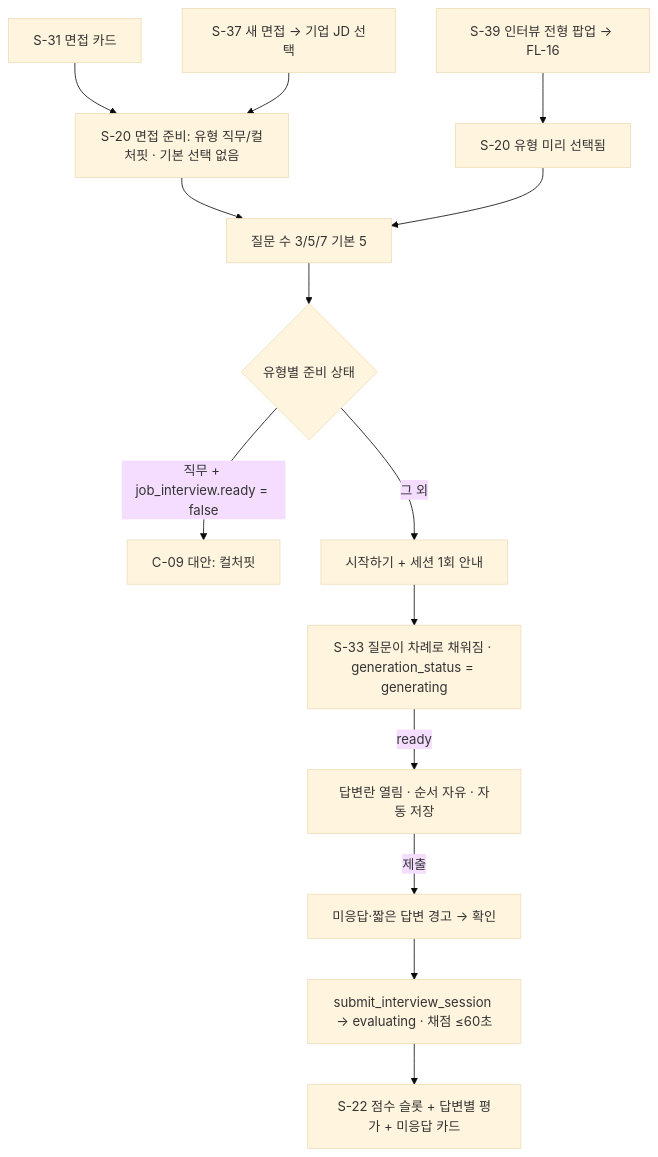
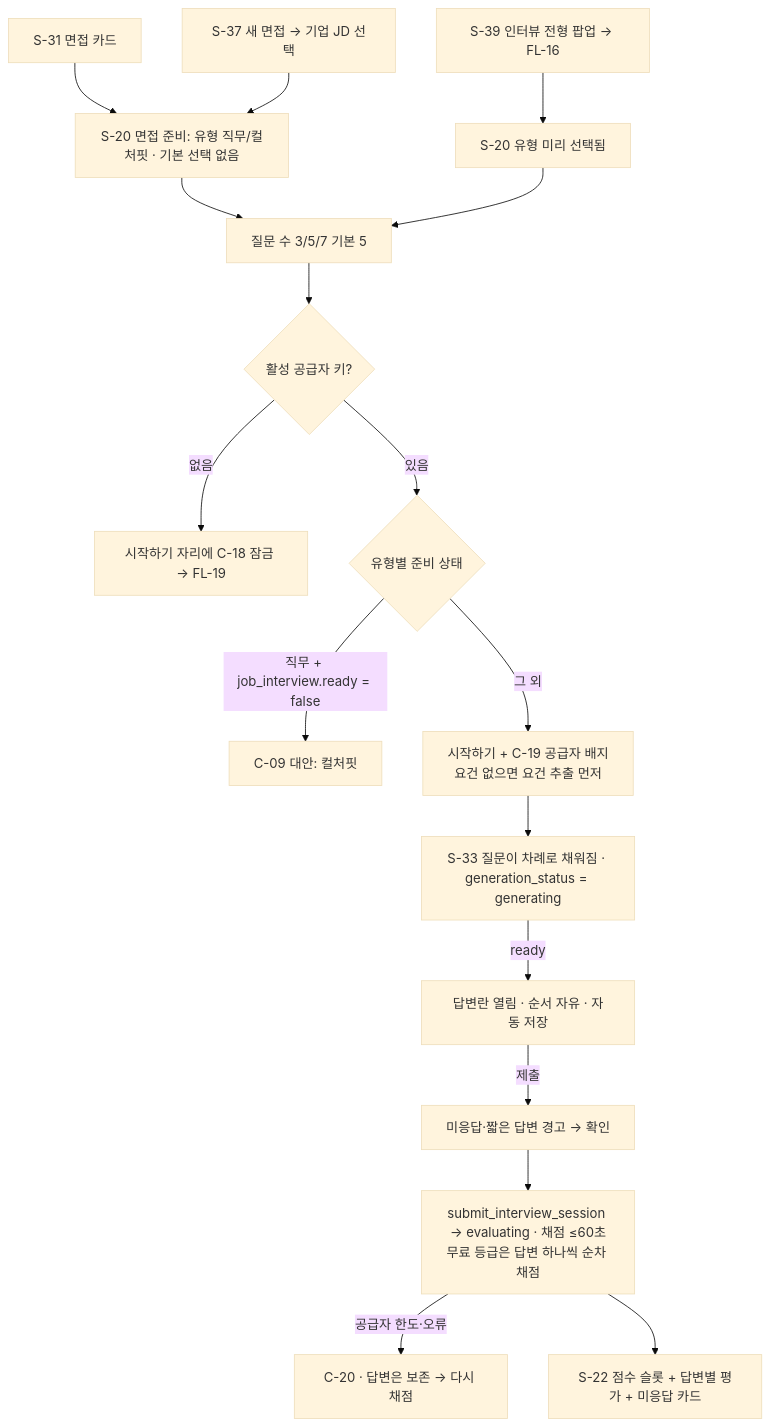
The eighth of 19 diagrams in _workspace/02_ux-planner_flows.md (j-hyunn/resumate), drawn with Mermaid (base theme) before and after one commit. The commit also changed other lines of this file and 11 other files, not shown here.

````diff
--- a/_workspace/02_ux-planner_flows.md
+++ b/_workspace/02_ux-planner_flows.md
@@ -337,16 +371,19 @@
 ```mermaid
 flowchart TD
   A1[S-31 면접 카드] --> P
   A2[S-37 새 면접 → 기업 JD 선택] --> P
   A3[S-39 인터뷰 전형 팝업 → FL-16] --> P2[S-20 유형 미리 선택됨]
   P[S-20 면접 준비: 유형 직무/컬처핏 · 기본 선택 없음] --> N[질문 수 3/5/7 기본 5]
   P2 --> N
-  N --> G{유형별 준비 상태}
+  N --> K{활성 공급자 키?}
+  K -->|없음| LK[시작하기 자리에 C-18 잠금 → FL-19]
+  K -->|있음| G{유형별 준비 상태}
   G -->|직무 + job_interview.ready = false| X[C-09 대안: 컬처핏]
-  G -->|그 외| S[시작하기 + 세션 1회 안내]
+  G -->|그 외| S[시작하기 + C-19 공급자 배지<br/>요건 없으면 요건 추출 먼저]
   S --> Q[S-33 질문이 차례로 채워짐 · generation_status = generating]
   Q -->|ready| W[답변란 열림 · 순서 자유 · 자동 저장]
   W -->|제출| V[미응답·짧은 답변 경고 → 확인]
-  V --> E[submit_interview_session → evaluating · 채점 ≤60초]
+  V --> E[submit_interview_session → evaluating · 채점 ≤60초<br/>무료 등급은 답변 하나씩 순차 채점]
+  E -->|공급자 한도·오류| ER[C-20 · 답변은 보존 → 다시 채점]
   E --> R[S-22 점수 슬롯 + 답변별 평가 + 미응답 카드]
 ```
````
